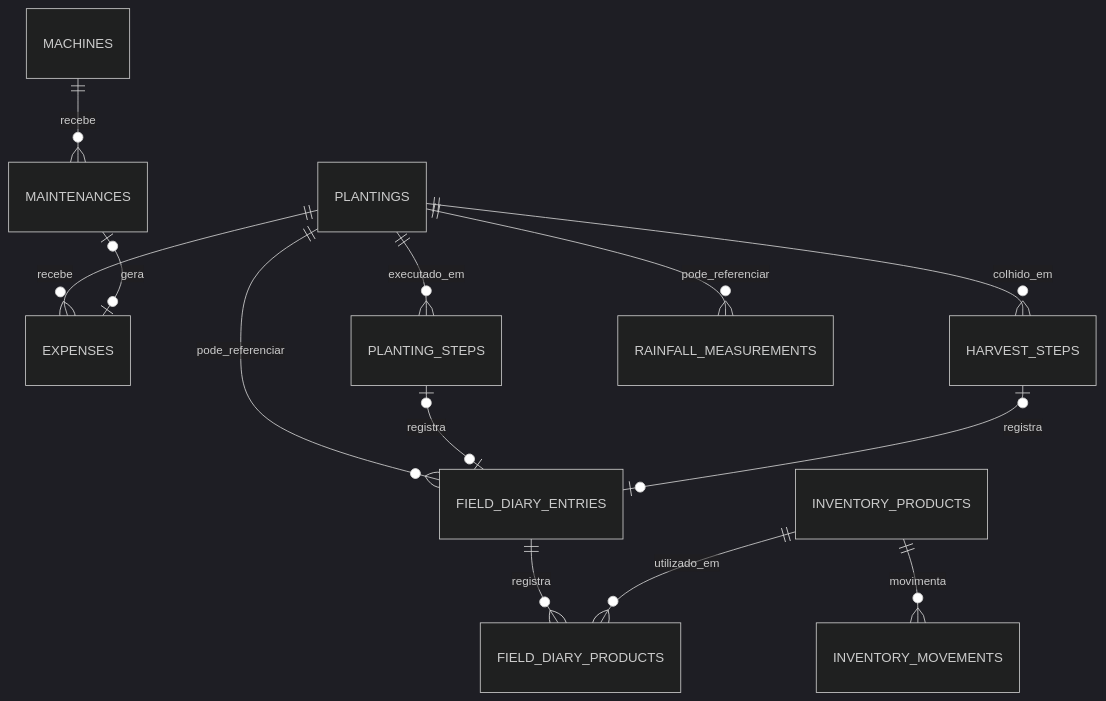
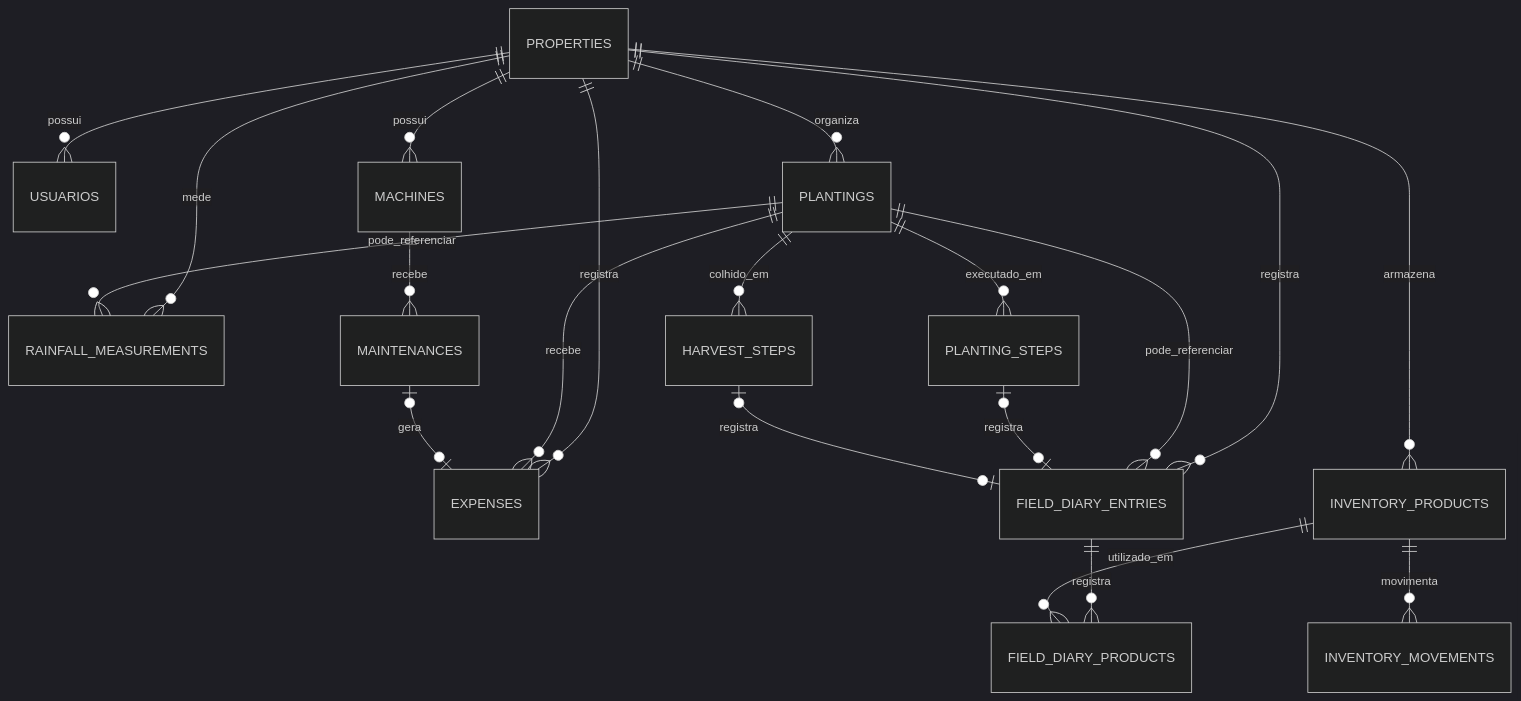
The diagram in docs/DATABASE_MODEL.md (RodrigoPWalter/agrogestor), drawn with Mermaid (dark theme) before and after one commit. The commit also changed other lines of this file and 5 other files, not shown here.

````diff
--- a/docs/DATABASE_MODEL.md
+++ b/docs/DATABASE_MODEL.md
@@ -7,15 +7,22 @@
 ```mermaid
 erDiagram
+    PROPERTIES ||--o{ USUARIOS : possui
+    PROPERTIES ||--o{ PLANTINGS : organiza
+    PROPERTIES ||--o{ EXPENSES : registra
+    PROPERTIES ||--o{ INVENTORY_PRODUCTS : armazena
+    PROPERTIES ||--o{ MACHINES : possui
+    PROPERTIES ||--o{ FIELD_DIARY_ENTRIES : registra
+    PROPERTIES ||--o{ RAINFALL_MEASUREMENTS : mede
     PLANTINGS ||--o{ EXPENSES : recebe
     PLANTINGS ||--o{ PLANTING_STEPS : executado_em
     PLANTINGS ||--o{ HARVEST_STEPS : colhido_em
     PLANTINGS ||--o{ FIELD_DIARY_ENTRIES : pode_referenciar
     PLANTING_STEPS o|--o| FIELD_DIARY_ENTRIES : registra
     HARVEST_STEPS o|--o| FIELD_DIARY_ENTRIES : registra
     PLANTINGS ||--o{ RAINFALL_MEASUREMENTS : pode_referenciar
     FIELD_DIARY_ENTRIES ||--o{ FIELD_DIARY_PRODUCTS : registra
     INVENTORY_PRODUCTS ||--o{ FIELD_DIARY_PRODUCTS : utilizado_em
     INVENTORY_PRODUCTS ||--o{ INVENTORY_MOVEMENTS : movimenta
     MACHINES ||--o{ MAINTENANCES : recebe
     MAINTENANCES o|--o| EXPENSES : gera
 ```
````
